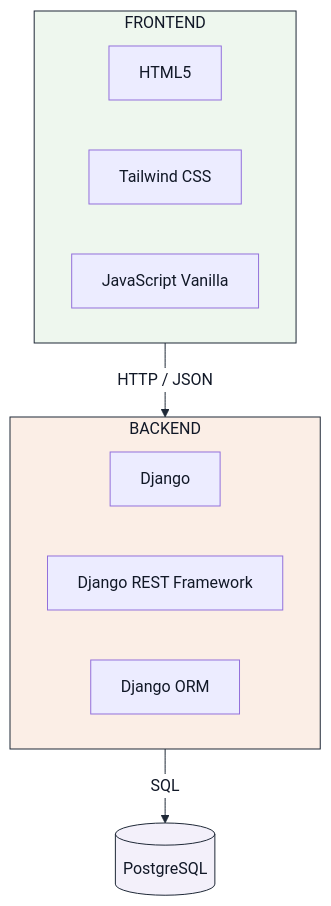
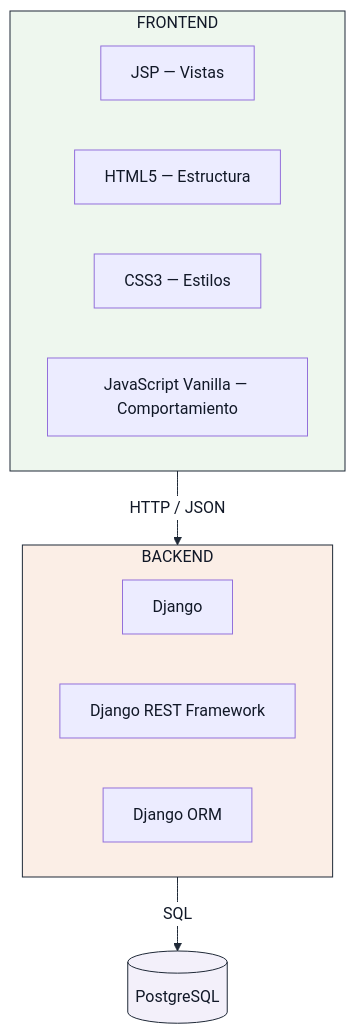
Before and after one commit to Darksam03/RuralConecta-ProyectoWeb: the seventh of 8 diagrams in docs/arquitectura/estructura-frontend.md, drawn with Mermaid. The commit also changed other lines of this file and 4 other files, not shown here.

````diff
--- a/docs/arquitectura/estructura-frontend.md
+++ b/docs/arquitectura/estructura-frontend.md
@@ -695,23 +645,24 @@
 ```mermaid
 %%{init: {'themeVariables': {'textColor':'#111827','primaryTextColor':'#111827','primaryColor':'#eef2f7','primaryBorderColor':'#1f2937','lineColor':'#1f2937','secondaryColor':'#eef2f7','tertiaryColor':'#f3f4f6','edgeLabelBackground':'#ffffff'}}}%%
 flowchart TD
     subgraph FE["FRONTEND"]
-        F1["HTML5"]
-        F2["Tailwind CSS"]
-        F3["JavaScript Vanilla"]
+        F1["JSP — Vistas"]
+        F2["HTML5 — Estructura"]
+        F3["CSS3 — Estilos"]
+        F4["JavaScript Vanilla — Comportamiento"]
     end
 
     FE -->|"HTTP / JSON"| BE
 
     subgraph BE["BACKEND"]
         B1["Django"]
         B2["Django REST Framework"]
         B3["Django ORM"]
     end
 
     BE -->|"SQL"| DB[("PostgreSQL")]
 
     style FE fill:#eef7ee,stroke:#1f2937,color:#111827
     style BE fill:#fbeee6,stroke:#1f2937,color:#111827
     style DB fill:#f3f0fa,stroke:#1f2937,color:#111827
 ```
````
